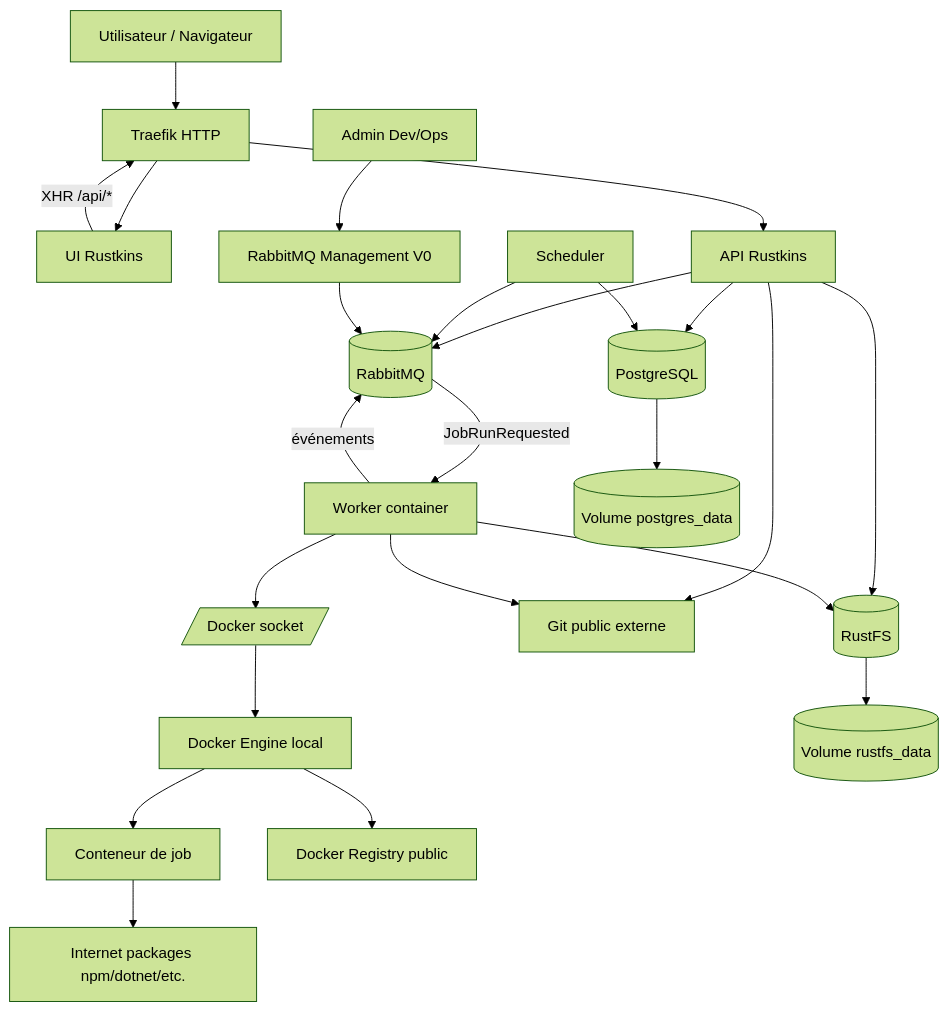
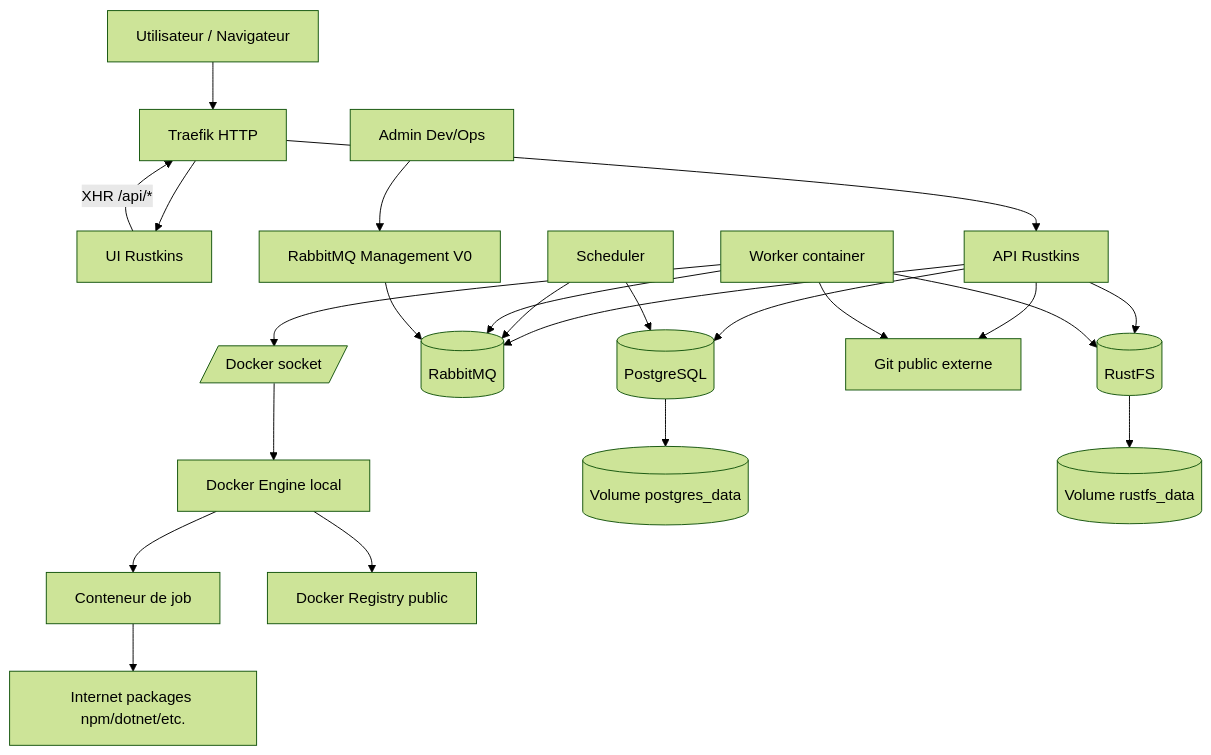
Before and after one commit to Rustkins-Project/RustkinsDocs: the first of 5 diagrams in docs/versions/v0/overview.md, drawn with Mermaid (forest theme). The commit also changed other lines of this file and 2 other files, not shown here.

````diff
--- a/docs/versions/v0/overview.md
+++ b/docs/versions/v0/overview.md
@@ -147,35 +145,34 @@
 ```mermaid
 flowchart TD
   User[Utilisateur / Navigateur] --> Traefik[Traefik HTTP]
 
   Traefik --> UI[UI Rustkins]
   Traefik --> API[API Rustkins]
 
   UI -->|XHR /api/*| Traefik
 
   API --> PG[(PostgreSQL)]
   API --> MQ[(RabbitMQ)]
   API --> FS[(RustFS)]
   API --> Git[Git public externe]
 
   Scheduler[Scheduler] --> PG
   Scheduler --> MQ
 
-  Worker[Worker container] -->|événements| MQ
-  MQ -->|JobRunRequested| Worker
+  Worker[Worker container] --> MQ
   Worker --> FS
   Worker --> Git
   Worker --> DockerSocket[/Docker socket/]
 
   DockerSocket --> DockerEngine[Docker Engine local]
   DockerEngine --> JobContainer[Conteneur de job]
 
   DockerEngine --> Registry[Docker Registry public]
   JobContainer --> Internet[Internet packages npm/dotnet/etc.]
 
   PG --> PGVolume[(Volume postgres_data)]
   FS --> FSVolume[(Volume rustfs_data)]
 
   Admin[Admin Dev/Ops] --> RabbitUI[RabbitMQ Management V0]
   RabbitUI --> MQ
 ```
````
